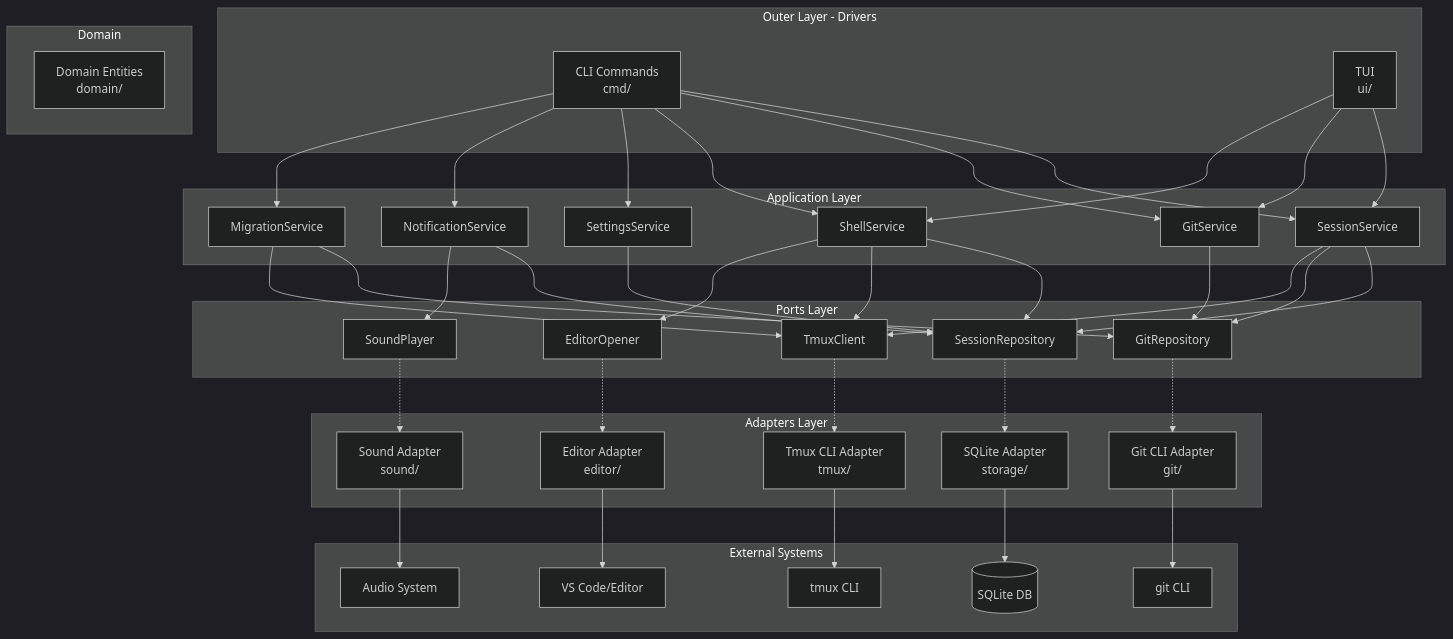
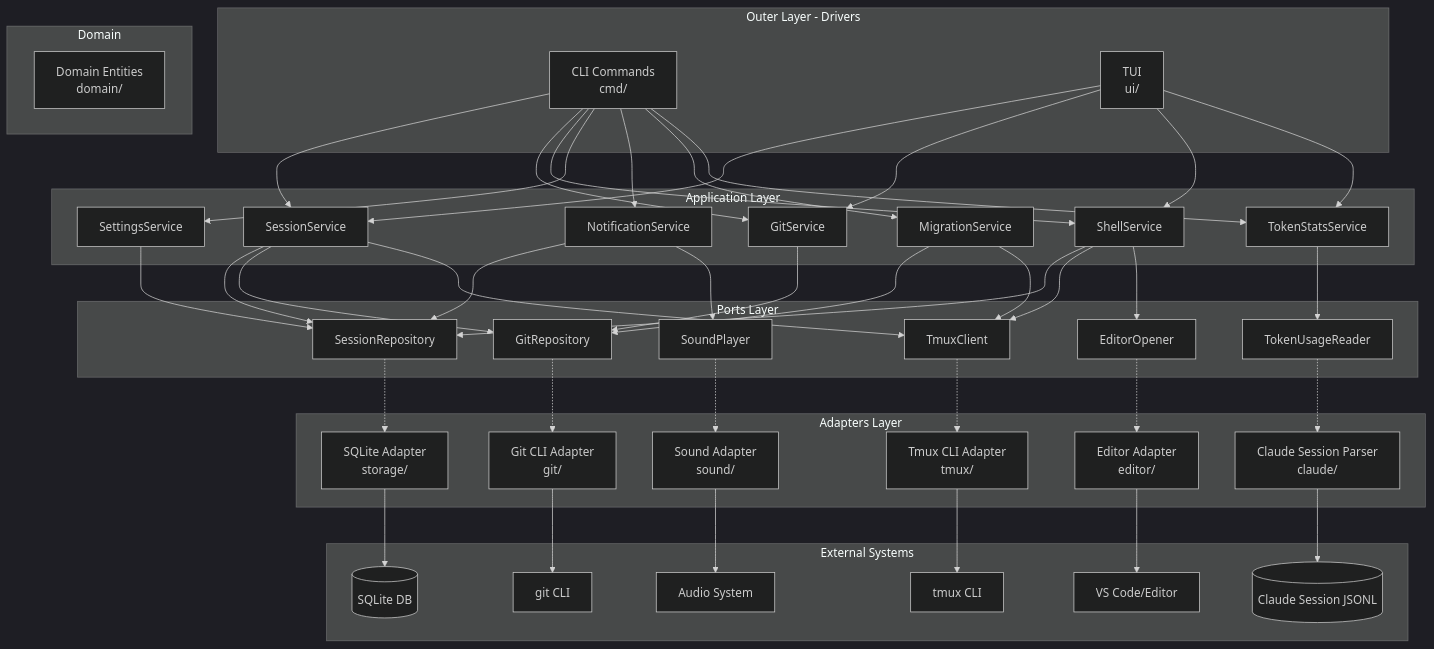
Before and after one commit to renato0307/rocha: the first of 4 diagrams in ARCHITECTURE.md, drawn with Mermaid (dark theme). The commit also changed other lines of this file and 19 other files, not shown here.

First line of the commit message:
feat: add token usage chart and stats CLI command

````diff
--- a/ARCHITECTURE.md
+++ b/ARCHITECTURE.md
@@ -18,6 +18,7 @@
         STS[SettingsService]
         NS[NotificationService]
         MS[MigrationService]
+        TSS[TokenStatsService]
     end
 
     subgraph "Domain"
@@ -30,6 +31,7 @@
         TC[TmuxClient]
         EO[EditorOpener]
         SP[SoundPlayer]
+        TUR[TokenUsageReader]
     end
 
     subgraph "Adapters Layer"
@@ -38,6 +40,7 @@
         TMUXCLI[Tmux CLI Adapter<br/>tmux/]
         EDITOR[Editor Adapter<br/>editor/]
         SOUND[Sound Adapter<br/>sound/]
+        CLAUDE[Claude Session Parser<br/>claude/]
     end
 
     subgraph "External Systems"
@@ -46,6 +49,7 @@
         TMUX[tmux CLI]
         VSCODE[VS Code/Editor]
         AUDIO[Audio System]
+        JSONL[(Claude Session JSONL)]
     end
 
     CLI --> SS
@@ -54,9 +58,11 @@
     CLI --> STS
     CLI --> NS
     CLI --> MS
+    CLI --> TSS
     TUI --> SS
     TUI --> GS
     TUI --> SHS
+    TUI --> TSS
 
     SS --> SR
     SS --> GR
@@ -70,16 +76,19 @@
     MS --> GR
     MS --> TC
     STS --> SR
+    TSS --> TUR
 
     SR -.-> SQLITE
     GR -.-> GITCLI
     TC -.-> TMUXCLI
     EO -.-> EDITOR
     SP -.-> SOUND
+    TUR -.-> CLAUDE
 
     SQLITE --> DB
     GITCLI --> GIT
     TMUXCLI --> TMUX
     EDITOR --> VSCODE
     SOUND --> AUDIO
+    CLAUDE --> JSONL
 ```
````
